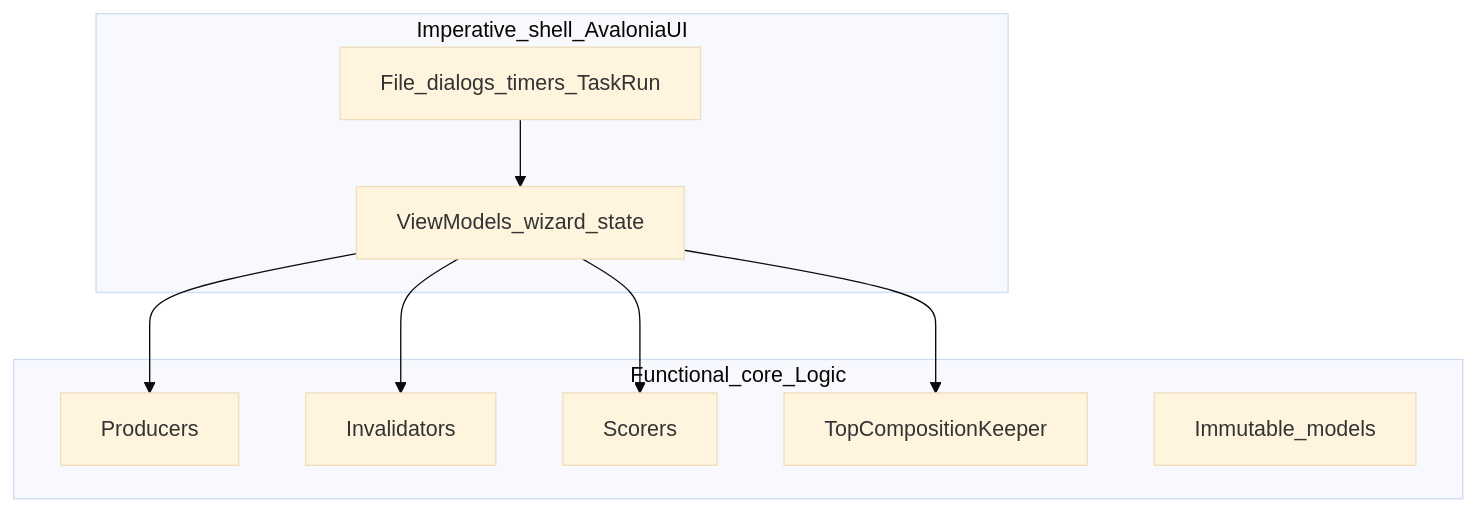
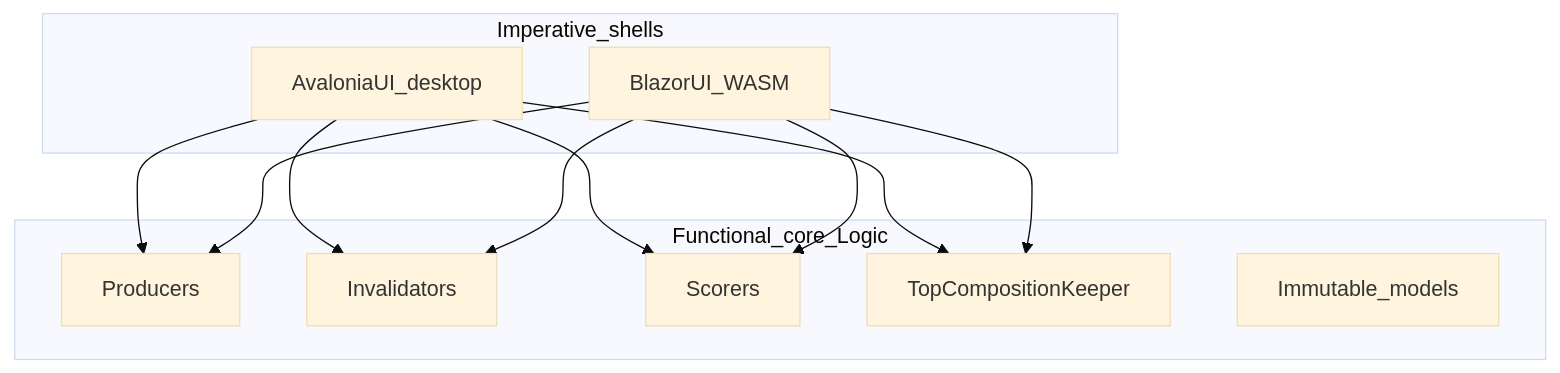
The second of 2 diagrams in README.md (TroelsMortensen/Groopr), drawn with Mermaid (base theme) before and after one commit. The commit also changed other lines of this file and 1 other file, not shown here.

````diff
--- a/README.md
+++ b/README.md
@@ -158,19 +163,22 @@
 ```mermaid
 flowchart TB
-  subgraph shell [Imperative_shell_AvaloniaUI]
-    VM[ViewModels_wizard_state]
-    IO[File_dialogs_timers_TaskRun]
+  subgraph shells [Imperative_shells]
+    Ava[AvaloniaUI_desktop]
+    Bla[BlazorUI_WASM]
   end
   subgraph core [Functional_core_Logic]
     Gen[Producers]
     Inv[Invalidators]
     Sc[Scorers]
     Keep2[TopCompositionKeeper]
     Models[Immutable_models]
   end
-  VM --> Gen
-  VM --> Inv
-  VM --> Sc
-  VM --> Keep2
-  IO --> VM
+  Ava --> Gen
+  Ava --> Inv
+  Ava --> Sc
+  Ava --> Keep2
+  Bla --> Gen
+  Bla --> Inv
+  Bla --> Sc
+  Bla --> Keep2
 ```
````
